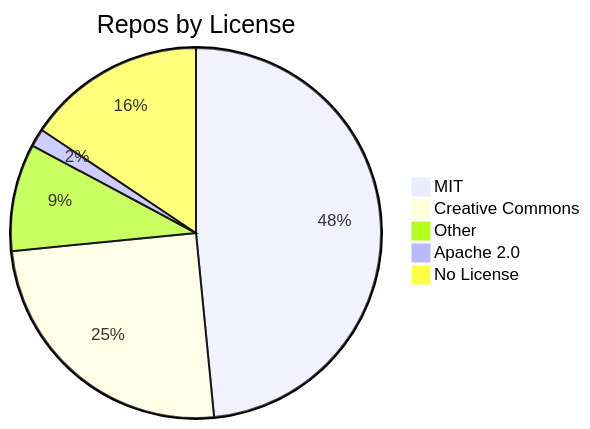
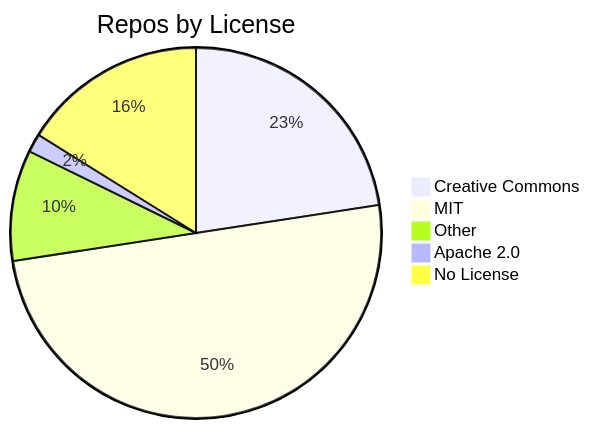
The diagram in README.md (jpatterson933/awesome-mcp-server-repo-index), drawn with Mermaid before and after one commit. The commit also changed other lines of this file and 7 other files, not shown here.

````diff
--- a/README.md
+++ b/README.md
@@ -31,8 +31,8 @@
 ```mermaid
 pie title Repos by License
+    "Creative Commons" : 14
     "MIT" : 31
-    "Creative Commons" : 16
     "Other" : 6
     "Apache 2.0" : 1
     "No License" : 10
 ```
````
